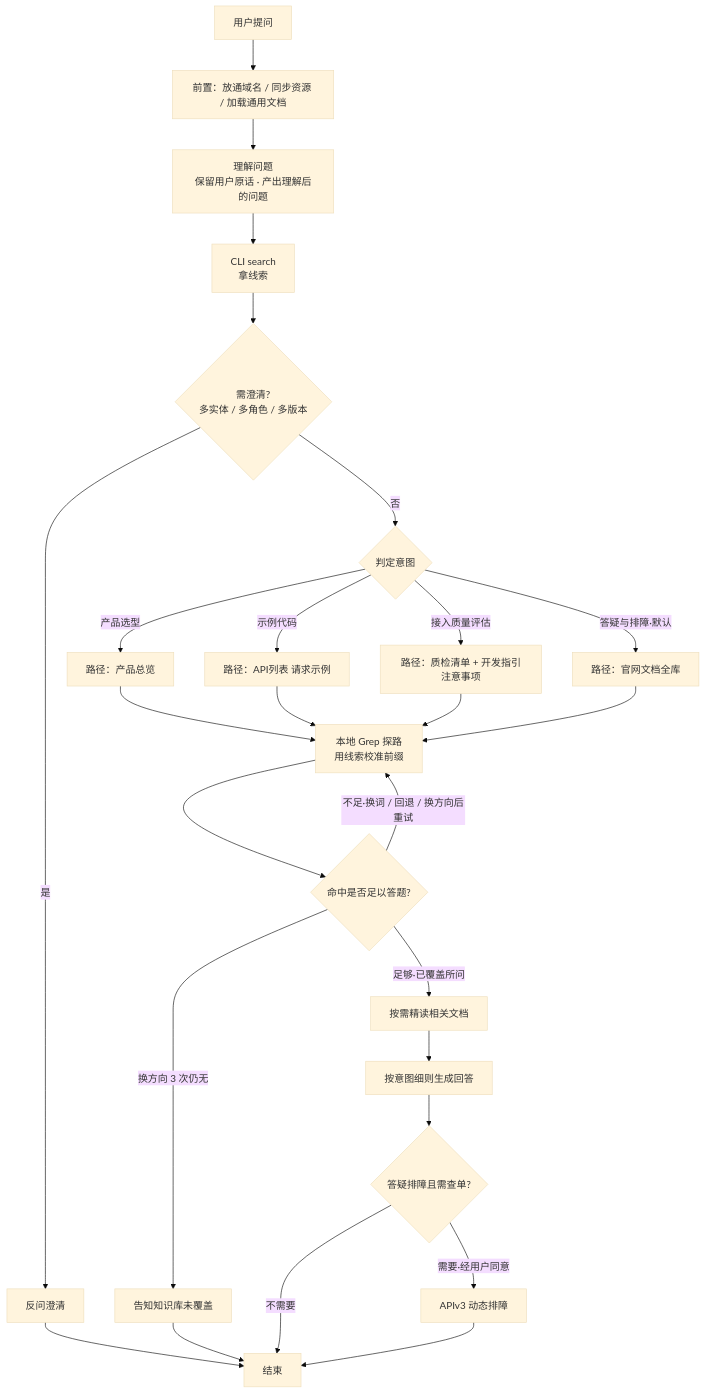
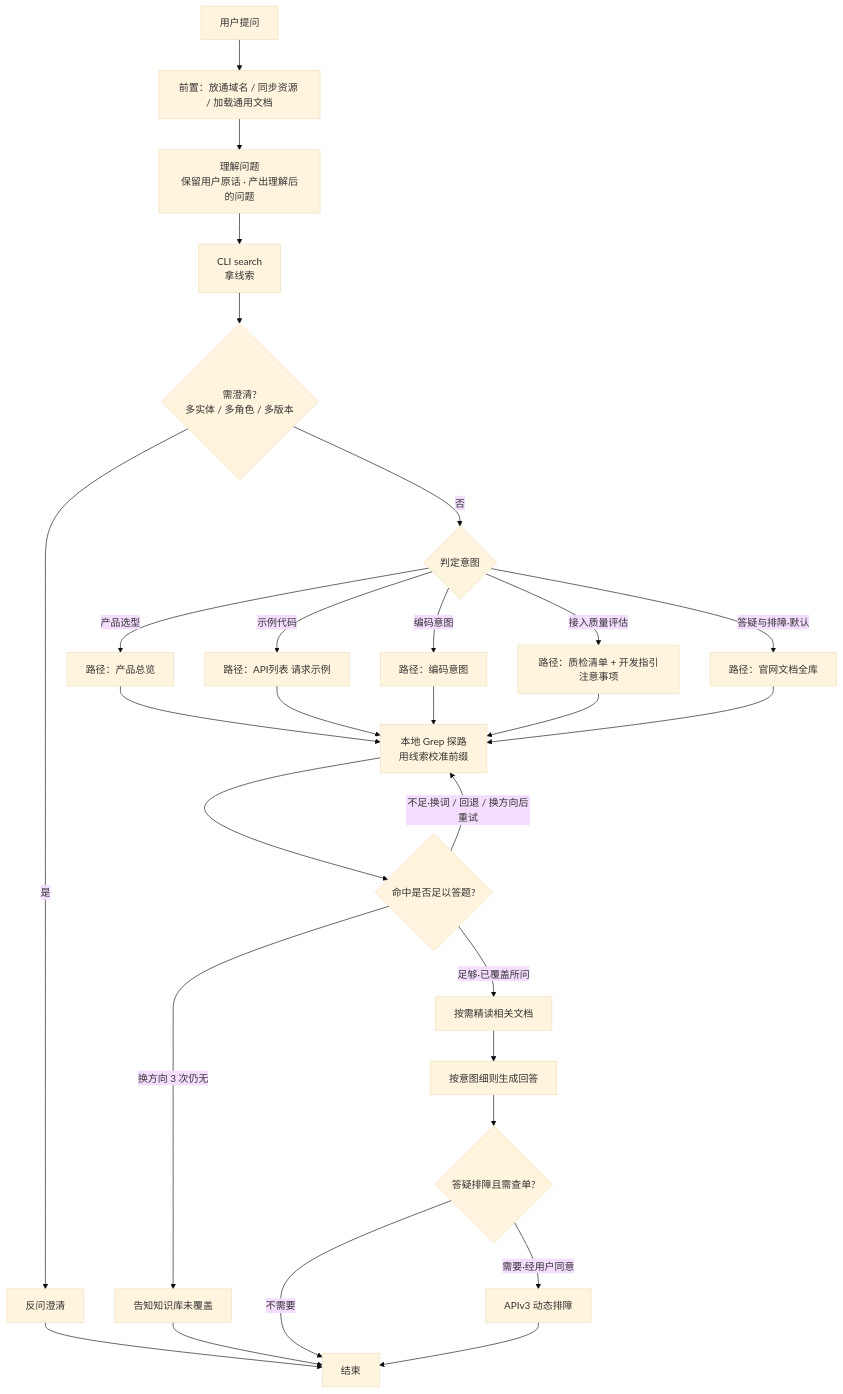
The first of 2 diagrams in wechatpay-payment-integration/SKILL.md (wechatpay-apiv3/wechatpay-skills), drawn with Mermaid (base theme) before and after one commit. The commit also changed other lines of this file and 13 other files, not shown here.

````diff
--- a/wechatpay-payment-integration/SKILL.md
+++ b/wechatpay-payment-integration/SKILL.md
@@ -62,28 +62,30 @@
 ```mermaid
 flowchart TD
   USER_QUESTION[用户提问] --> PREPARE[前置：放通域名 / 同步资源 / 加载通用文档]
   PREPARE --> UNDERSTAND_QUESTION[理解问题<br/>保留用户原话 · 产出理解后的问题]
   UNDERSTAND_QUESTION --> CLI_SEARCH[CLI search<br/>拿线索]
   CLI_SEARCH --> NEED_CLARIFY{需澄清?<br/>多实体 / 多角色 / 多版本}
   NEED_CLARIFY -->|是| ASK_CLARIFY[反问澄清]
   ASK_CLARIFY --> END
   NEED_CLARIFY -->|否| DETECT_INTENT{判定意图}
   DETECT_INTENT -->|产品选型| PATH_PRODUCT_SELECTION[路径：产品总览]
   DETECT_INTENT -->|示例代码| PATH_SAMPLE_CODE[路径：API列表 请求示例]
+  DETECT_INTENT -->|编码意图| PATH_CODING[路径：编码意图]
   DETECT_INTENT -->|接入质量评估| PATH_QUALITY_REVIEW[路径：质检清单 + 开发指引注意事项]
   DETECT_INTENT -->|答疑与排障·默认| PATH_QA_TROUBLESHOOTING[路径：官网文档全库]
   PATH_PRODUCT_SELECTION --> LOCAL_GREP[本地 Grep 探路<br/>用线索校准前缀]
   PATH_SAMPLE_CODE --> LOCAL_GREP
+  PATH_CODING --> LOCAL_GREP
   PATH_QUALITY_REVIEW --> LOCAL_GREP
   PATH_QA_TROUBLESHOOTING --> LOCAL_GREP
   LOCAL_GREP --> HITS_ENOUGH{命中是否足以答题?}
   HITS_ENOUGH -->|不足·换词 / 回退 / 换方向后重试| LOCAL_GREP
   HITS_ENOUGH -->|换方向 3 次仍无| UNCOVERED[告知知识库未覆盖]
   UNCOVERED --> END
   HITS_ENOUGH -->|足够·已覆盖所问| READ_DOCUMENTS[按需精读相关文档]
   READ_DOCUMENTS --> GENERATE_ANSWER[按意图细则生成回答]
   GENERATE_ANSWER --> NEED_ORDER_QUERY{答疑排障且需查单?}
   NEED_ORDER_QUERY -->|需要·经用户同意| DYNAMIC_TROUBLESHOOTING[APIv3 动态排障]
   NEED_ORDER_QUERY -->|不需要| END[结束]
   DYNAMIC_TROUBLESHOOTING --> END
 ```
````
